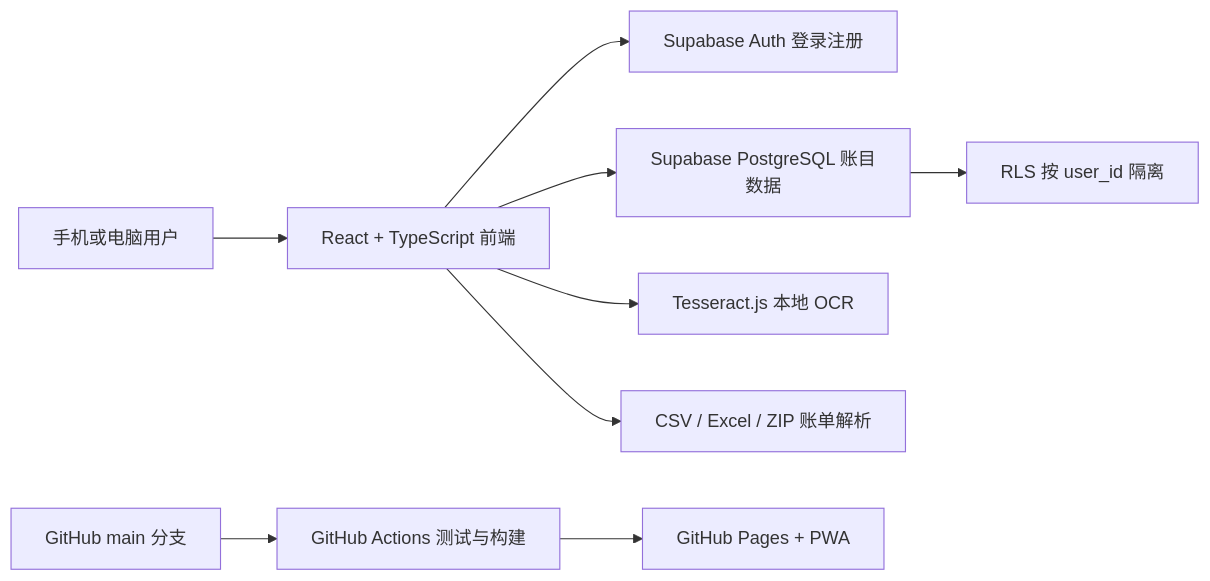
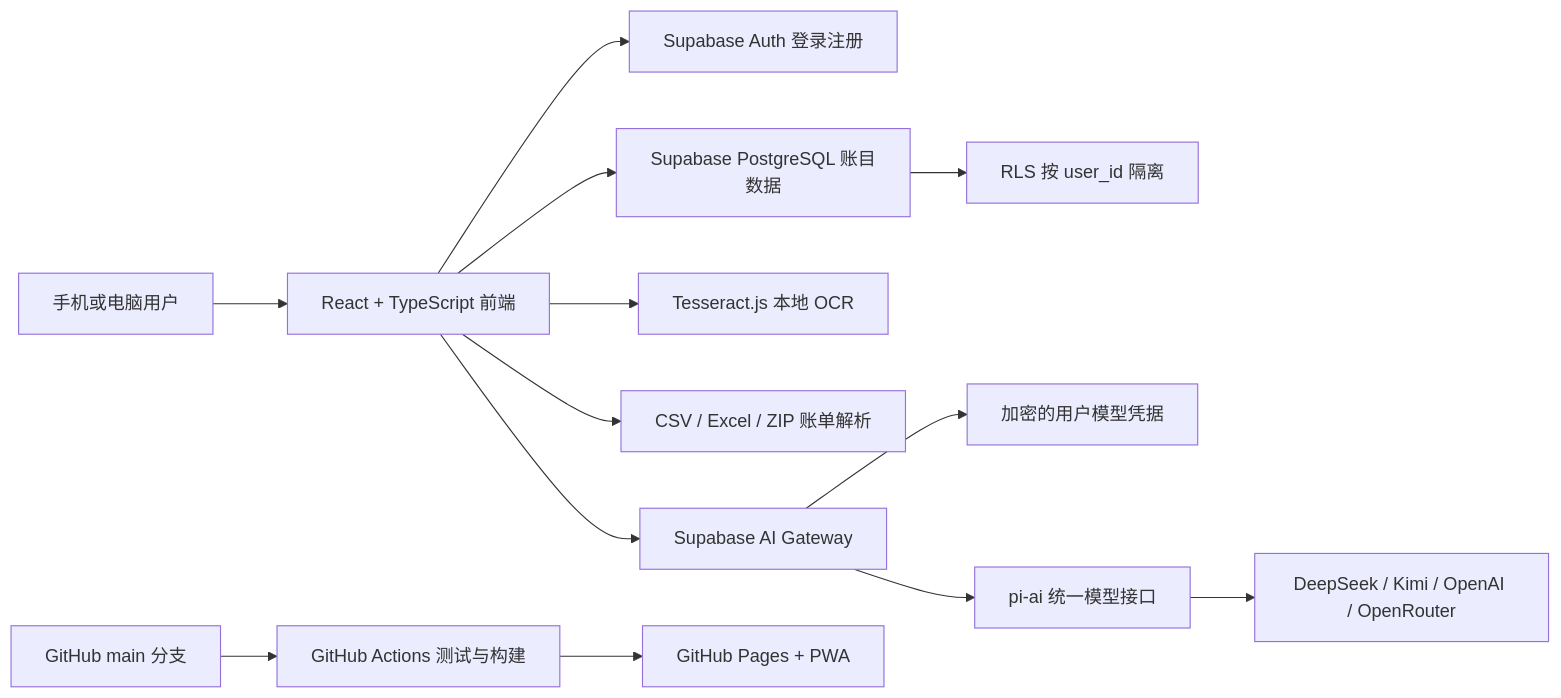
Before and after one commit to 3230050028-prog/shizhang: the diagram in README.md, drawn with Mermaid. The commit also changed other lines of this file and 11 other files, not shown here.

````diff
--- a/README.md
+++ b/README.md
@@ -28,11 +29,15 @@
 ```mermaid
 flowchart LR
   U[手机或电脑用户] --> F[React + TypeScript 前端]
   F --> A[Supabase Auth 登录注册]
   F --> D[Supabase PostgreSQL 账目数据]
   D --> R[RLS 按 user_id 隔离]
   F --> O[Tesseract.js 本地 OCR]
   F --> I[CSV / Excel / ZIP 账单解析]
+  F --> E[Supabase AI Gateway]
+  E --> K[加密的用户模型凭据]
+  E --> M[pi-ai 统一模型接口]
+  M --> L[DeepSeek / Kimi / OpenAI / OpenRouter]
   G[GitHub main 分支] --> C[GitHub Actions 测试与构建]
   C --> P[GitHub Pages + PWA]
 ```
````
